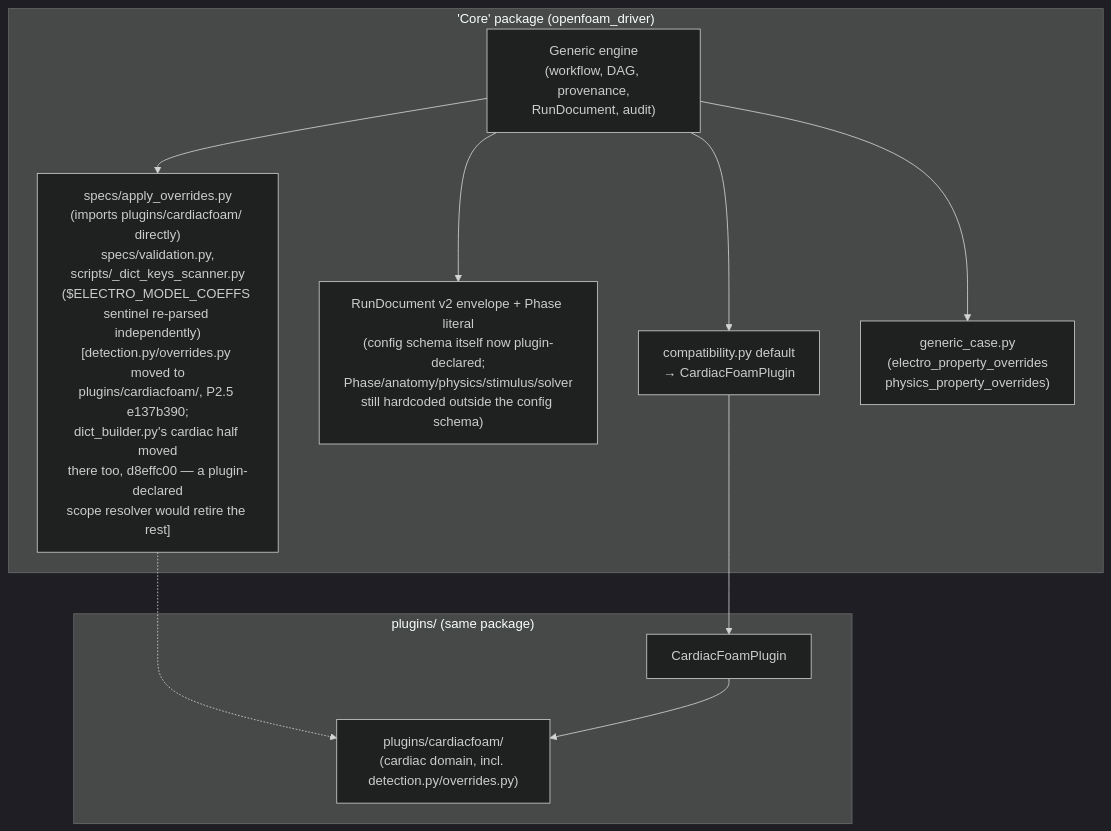
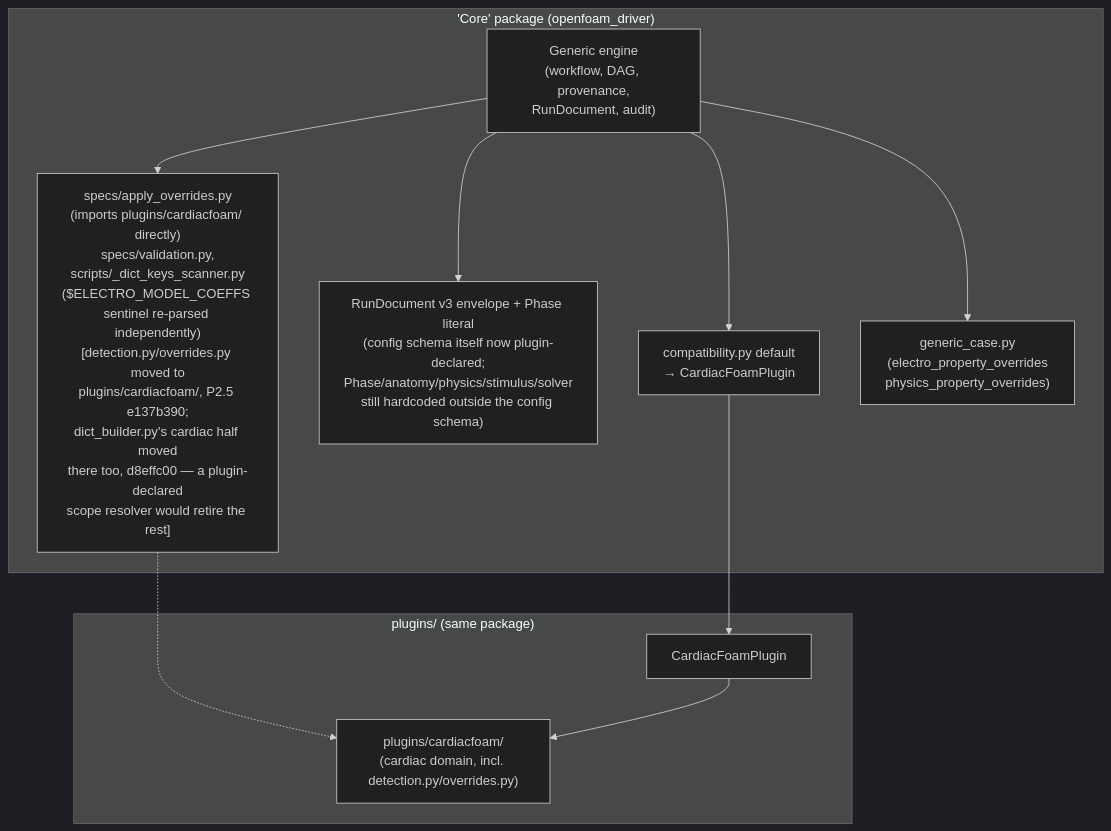
Before and after one commit to solids4foam/cardiacFoam: the sixth of 7 diagrams in applications/scripts/driverFoam/ARCHITECTURE.md, drawn with Mermaid (dark theme). The commit also changed other lines of this file and 2 other files, not shown here.

First line of the commit message:
docs(driverfoam): sync AGENT_GUIDE/README/ARCHITECTURE with Phase 2 outcomes

````diff
--- a/applications/scripts/driverFoam/ARCHITECTURE.md
+++ b/applications/scripts/driverFoam/ARCHITECTURE.md
@@ -729,23 +729,23 @@
 ```mermaid
 graph TB
     subgraph CurrentCore["'Core' package (openfoam_driver)"]
         GenEngine["Generic engine\n(workflow, DAG, provenance,\nRunDocument, audit)"]
         CardiacSpecs["specs/apply_overrides.py\n(imports plugins/cardiacfoam/ directly)\nspecs/validation.py,\nscripts/_dict_keys_scanner.py\n($ELECTRO_MODEL_COEFFS sentinel re-parsed independently)\n[detection.py/overrides.py moved to\nplugins/cardiacfoam/, P2.5 e137b390;\ndict_builder.py's cardiac half moved\nthere too, d8effc00 — a plugin-declared\nscope resolver would retire the rest]"]
-        CardiacRunDoc["RunDocument v2 envelope + Phase literal\n(config schema itself now plugin-declared;\nPhase/anatomy/physics/stimulus/solver\nstill hardcoded outside the config schema)"]
+        CardiacRunDoc["RunDocument v3 envelope + Phase literal\n(config schema itself now plugin-declared;\nPhase/anatomy/physics/stimulus/solver\nstill hardcoded outside the config schema)"]
         CardiacDefault["compatibility.py default\n→ CardiacFoamPlugin"]
         GenericCaseCardiac["generic_case.py\n(electro_property_overrides\nphysics_property_overrides)"]
     end
 
     subgraph PluginsPackage["plugins/ (same package)"]
         CFPlugin["CardiacFoamPlugin"]
         CFCode["plugins/cardiacfoam/\n(cardiac domain, incl. detection.py/overrides.py)"]
     end
 
     GenEngine --> CardiacSpecs
     GenEngine --> CardiacRunDoc
     GenEngine --> CardiacDefault
     GenEngine --> GenericCaseCardiac
     CardiacSpecs -.-> CFCode
     CardiacDefault --> CFPlugin
     CFPlugin --> CFCode
 ```
````
